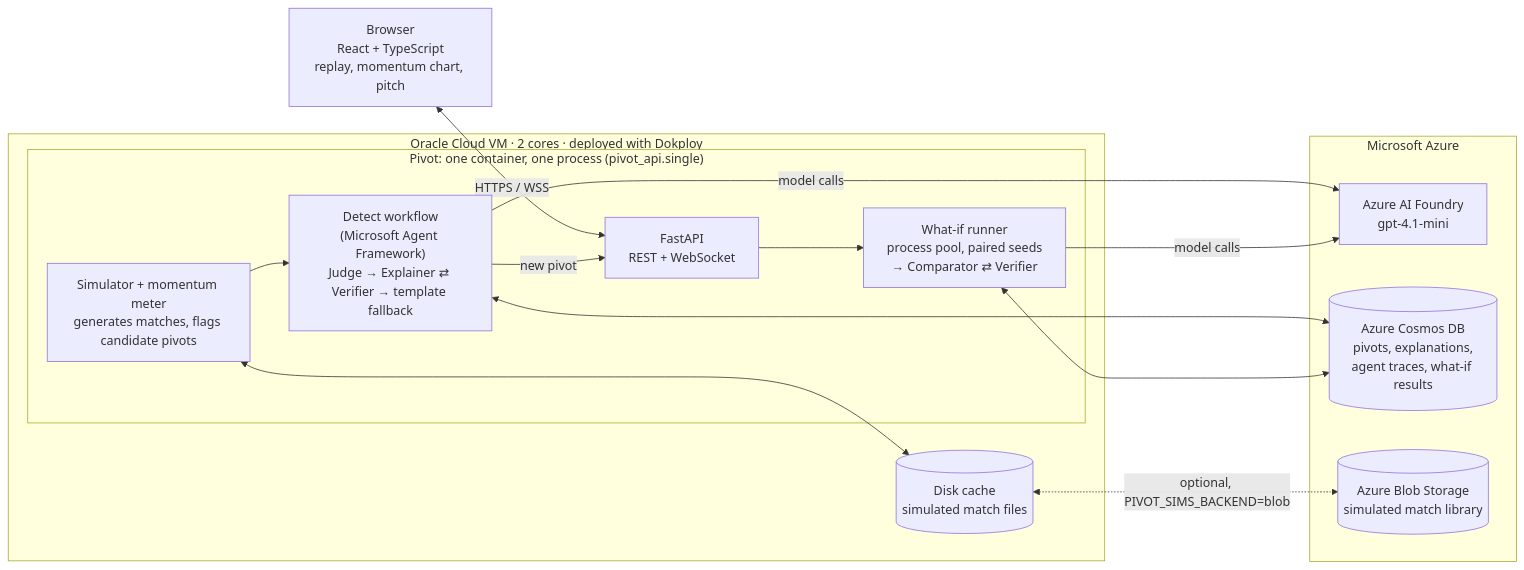
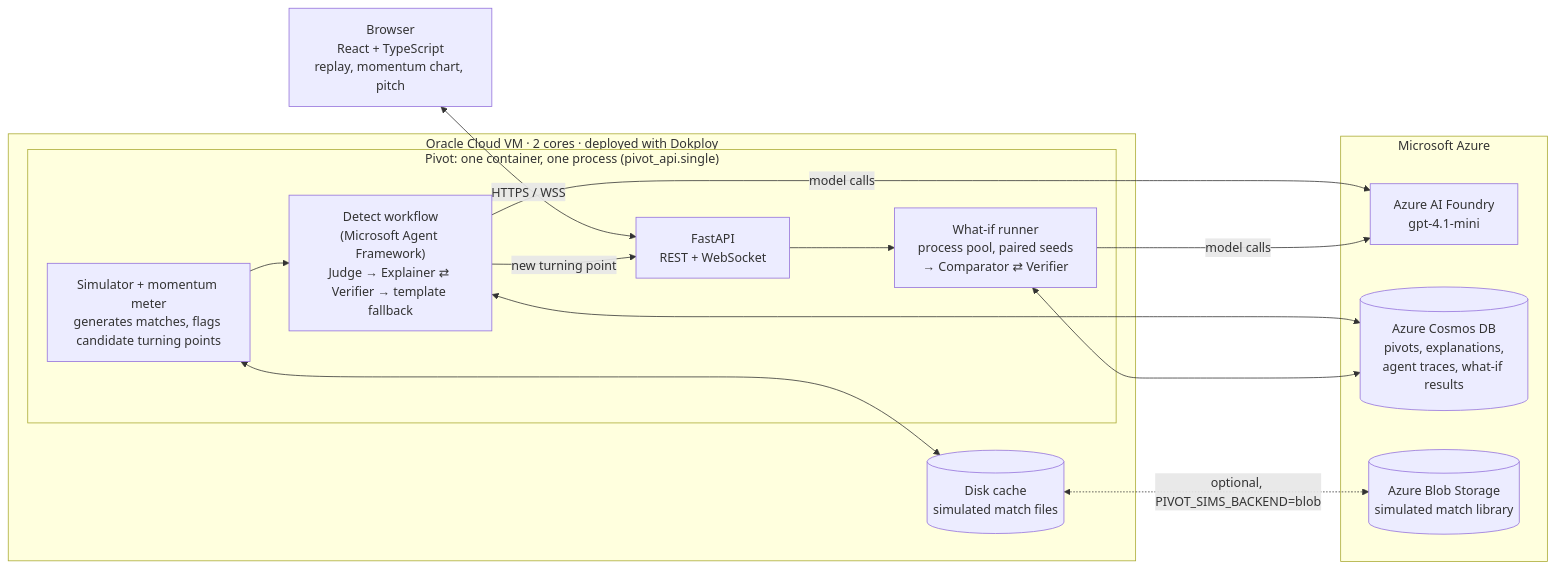
The diagram in README.md (neubayarea/Pivot), drawn with Mermaid before and after one commit. The commit also changed other lines of this file and 8 other files, not shown here.

Commit message:
Ax93: copy review round 2 (follow, turning points, board, pitch notes, README)

````diff
--- a/README.md
+++ b/README.md
@@ -50,31 +50,31 @@
 ```mermaid
 flowchart LR
   browser["Browser<br/>React + TypeScript<br/>replay, momentum chart, pitch"]
 
   subgraph vm["Oracle Cloud VM · 2 cores · deployed with Dokploy"]
     subgraph app["Pivot: one container, one process (pivot_api.single)"]
       api["FastAPI<br/>REST + WebSocket"]
-      sim["Simulator + momentum meter<br/>generates matches, flags candidate pivots"]
+      sim["Simulator + momentum meter<br/>generates matches, flags candidate turning points"]
       detect["Detect workflow<br/>(Microsoft Agent Framework)<br/>Judge → Explainer ⇄ Verifier → template fallback"]
       whatif["What-if runner<br/>process pool, paired seeds<br/>→ Comparator ⇄ Verifier"]
     end
     disk[("Disk cache<br/>simulated match files")]
   end
 
   subgraph azure["Microsoft Azure"]
     foundry["Azure AI Foundry<br/>gpt-4.1-mini"]
     cosmos[("Azure Cosmos DB<br/>pivots, explanations,<br/>agent traces, what-if results")]
     blob[("Azure Blob Storage<br/>simulated match library")]
   end
 
   browser <-->|"HTTPS / WSS"| api
   sim --> detect
   api --> whatif
   detect -->|"model calls"| foundry
   whatif -->|"model calls"| foundry
   detect <--> cosmos
   whatif <--> cosmos
   sim <--> disk
   disk <-.->|"optional, PIVOT_SIMS_BACKEND=blob"| blob
-  detect -->|"new pivot"| api
+  detect -->|"new turning point"| api
 ```
````
